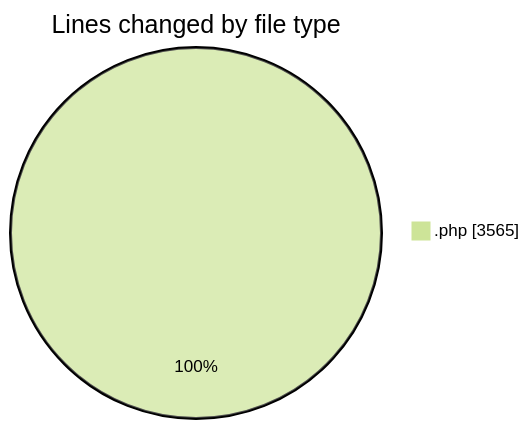
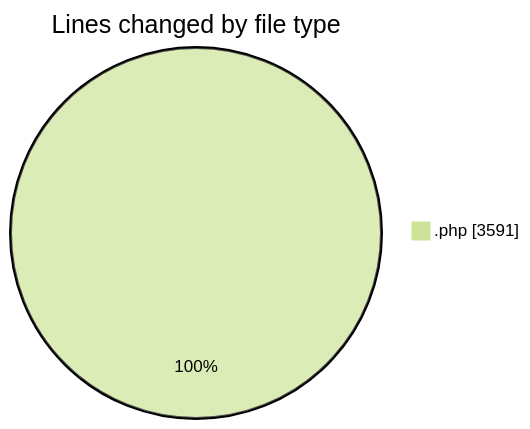
The first of 2 diagrams in 2026-08-05/untitled__workspace_/README.md (debugP/code-tracking), drawn with Mermaid (forest theme) before and after one commit. The commit also changed other lines of this file and 1 other file, not shown here.

````diff
--- a/2026-08-05/untitled__workspace_/README.md
+++ b/2026-08-05/untitled__workspace_/README.md
@@ -21,5 +21,5 @@
 ```mermaid
 pie showData
 title Lines changed by file type
-".php" : 3565
+".php" : 3591
 ```
````
